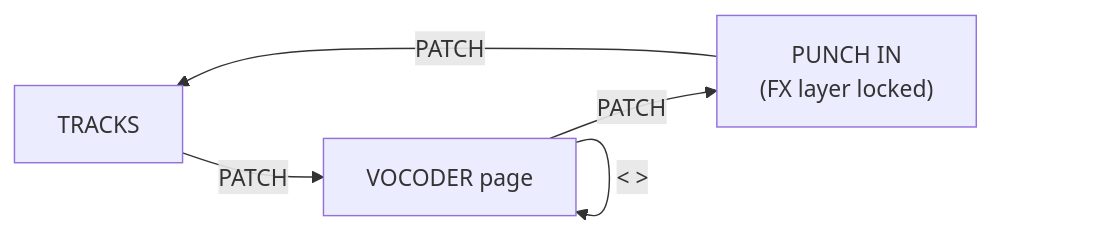
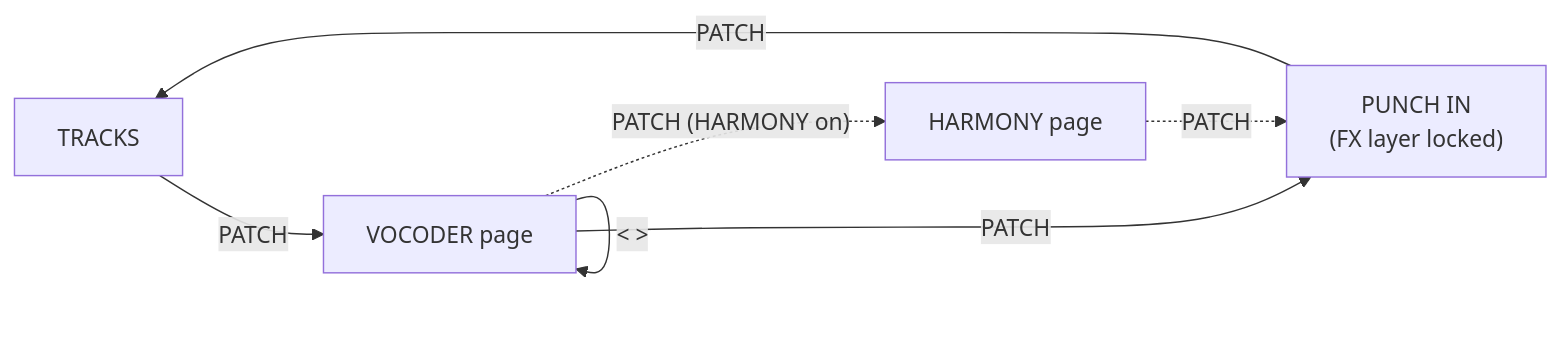
Before and after one commit to MiloMeowzers/sloop-smk37: the fourth of 4 diagrams in VOCODER.md, drawn with Mermaid. The commit also changed other lines of this file and 2 other files, not shown here.

````diff
--- a/VOCODER.md
+++ b/VOCODER.md
@@ -302,5 +313,6 @@
 ```mermaid
 flowchart LR
   T["TRACKS"] -->|PATCH| V["VOCODER page"] -->|PATCH| P["PUNCH IN<br/>(FX layer locked)"] -->|PATCH| T
   V -->|"< >"| V
+  V -.->|"PATCH (HARMONY on)"| H["HARMONY page"] -.->|PATCH| P
 ```
````
